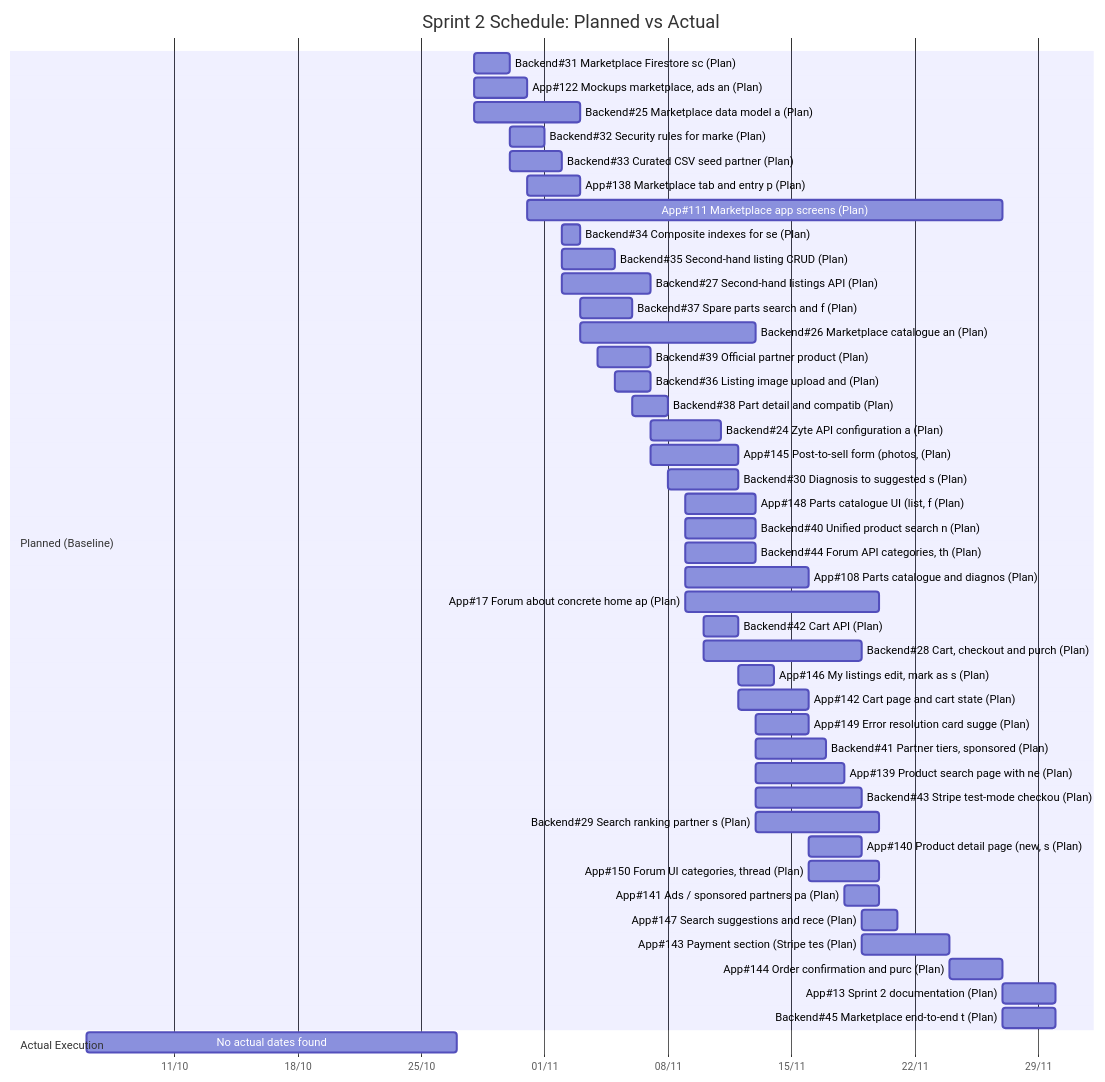
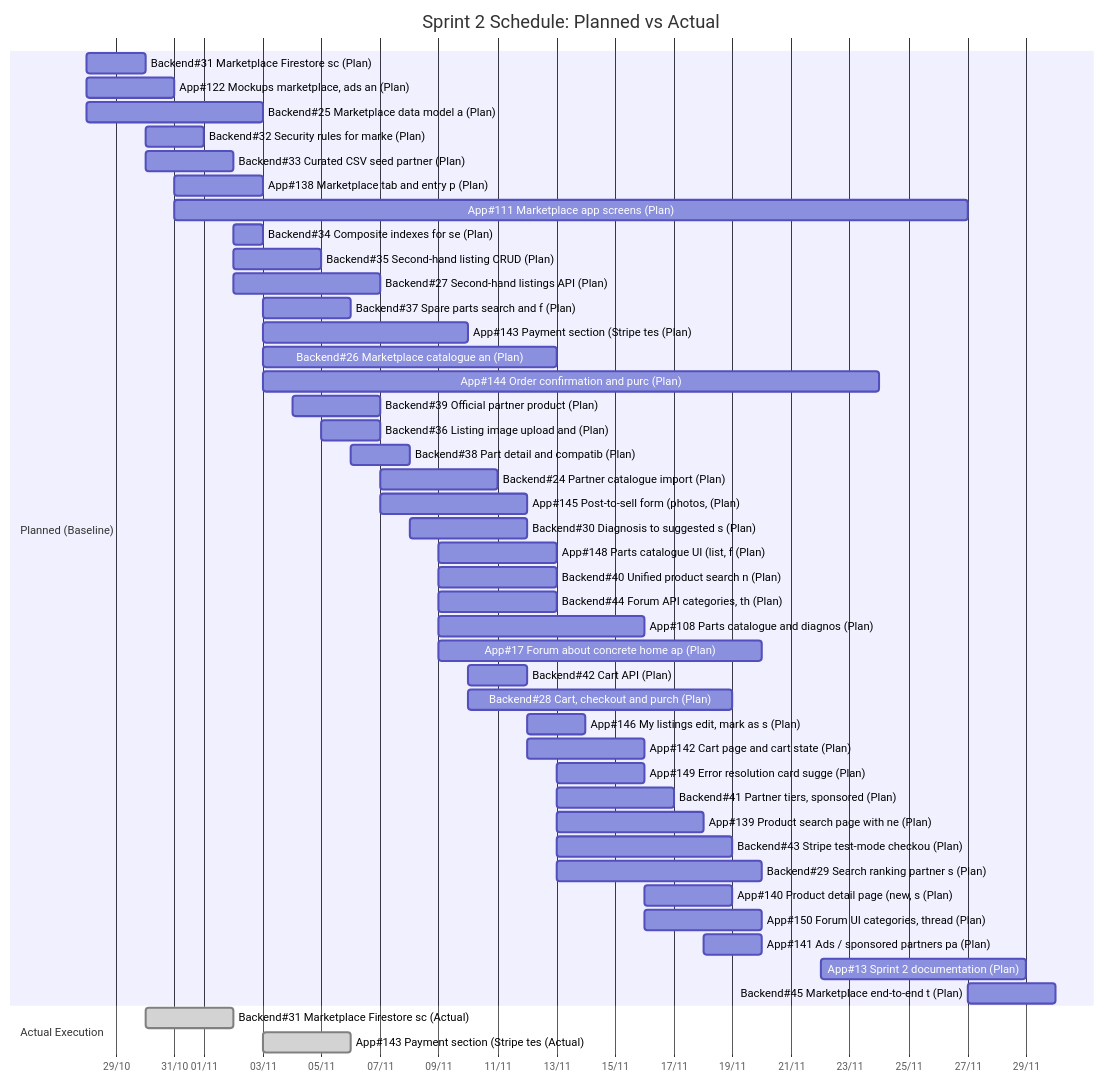
One commit to HoDoWo/app-kotlin changed the third of 5 diagrams in docs/gantt-chart.md. Above: the diagram before and after it, drawn with Mermaid. The commit also changed other lines of this file, not shown here.

Commit message:
Auto-update Gantt comparison chart

````diff
--- a/docs/gantt-chart.md
+++ b/docs/gantt-chart.md
@@ -204,51 +211,51 @@
 ```mermaid
 gantt
     title Sprint 2 Schedule: Planned vs Actual
     dateFormat  YYYY-MM-DD
     axisFormat  %d/%m
 
     section Planned (Baseline)
     Backend#31 Marketplace Firestore sc (Plan) :p_backend_31, 2026-10-28, 2026-10-30
     App#122 Mockups marketplace, ads an (Plan) :p_app_122, 2026-10-28, 2026-10-31
     Backend#25 Marketplace data model a (Plan) :p_backend_25, 2026-10-28, 2026-11-03
     Backend#32 Security rules for marke (Plan) :p_backend_32, 2026-10-30, 2026-11-01
     Backend#33 Curated CSV seed partner (Plan) :p_backend_33, 2026-10-30, 2026-11-02
     App#138 Marketplace tab and entry p (Plan) :p_app_138, 2026-10-31, 2026-11-03
     App#111 Marketplace app screens (Plan) :p_app_111, 2026-10-31, 2026-11-27
     Backend#34 Composite indexes for se (Plan) :p_backend_34, 2026-11-02, 2026-11-03
     Backend#35 Second-hand listing CRUD (Plan) :p_backend_35, 2026-11-02, 2026-11-05
     Backend#27 Second-hand listings API (Plan) :p_backend_27, 2026-11-02, 2026-11-07
     Backend#37 Spare parts search and f (Plan) :p_backend_37, 2026-11-03, 2026-11-06
+    App#143 Payment section (Stripe tes (Plan) :p_app_143, 2026-11-03, 2026-11-10
     Backend#26 Marketplace catalogue an (Plan) :p_backend_26, 2026-11-03, 2026-11-13
+    App#144 Order confirmation and purc (Plan) :p_app_144, 2026-11-03, 2026-11-24
     Backend#39 Official partner product (Plan) :p_backend_39, 2026-11-04, 2026-11-07
     Backend#36 Listing image upload and (Plan) :p_backend_36, 2026-11-05, 2026-11-07
     Backend#38 Part detail and compatib (Plan) :p_backend_38, 2026-11-06, 2026-11-08
-    Backend#24 Zyte API configuration a (Plan) :p_backend_24, 2026-11-07, 2026-11-11
+    Backend#24 Partner catalogue import (Plan) :p_backend_24, 2026-11-07, 2026-11-11
     App#145 Post-to-sell form (photos, (Plan) :p_app_145, 2026-11-07, 2026-11-12
     Backend#30 Diagnosis to suggested s (Plan) :p_backend_30, 2026-11-08, 2026-11-12
     App#148 Parts catalogue UI (list, f (Plan) :p_app_148, 2026-11-09, 2026-11-13
     Backend#40 Unified product search n (Plan) :p_backend_40, 2026-11-09, 2026-11-13
     Backend#44 Forum API categories, th (Plan) :p_backend_44, 2026-11-09, 2026-11-13
     App#108 Parts catalogue and diagnos (Plan) :p_app_108, 2026-11-09, 2026-11-16
     App#17 Forum about concrete home ap (Plan) :p_app_17, 2026-11-09, 2026-11-20
     Backend#42 Cart API (Plan) :p_backend_42, 2026-11-10, 2026-11-12
     Backend#28 Cart, checkout and purch (Plan) :p_backend_28, 2026-11-10, 2026-11-19
     App#146 My listings edit, mark as s (Plan) :p_app_146, 2026-11-12, 2026-11-14
     App#142 Cart page and cart state (Plan) :p_app_142, 2026-11-12, 2026-11-16
     App#149 Error resolution card sugge (Plan) :p_app_149, 2026-11-13, 2026-11-16
     Backend#41 Partner tiers, sponsored (Plan) :p_backend_41, 2026-11-13, 2026-11-17
     App#139 Product search page with ne (Plan) :p_app_139, 2026-11-13, 2026-11-18
     Backend#43 Stripe test-mode checkou (Plan) :p_backend_43, 2026-11-13, 2026-11-19
     Backend#29 Search ranking partner s (Plan) :p_backend_29, 2026-11-13, 2026-11-20
     App#140 Product detail page (new, s (Plan) :p_app_140, 2026-11-16, 2026-11-19
     App#150 Forum UI categories, thread (Plan) :p_app_150, 2026-11-16, 2026-11-20
     App#141 Ads / sponsored partners pa (Plan) :p_app_141, 2026-11-18, 2026-11-20
-    App#147 Search suggestions and rece (Plan) :p_app_147, 2026-11-19, 2026-11-21
-    App#143 Payment section (Stripe tes (Plan) :p_app_143, 2026-11-19, 2026-11-24
-    App#144 Order confirmation and purc (Plan) :p_app_144, 2026-11-24, 2026-11-27
-    App#13 Sprint 2 documentation (Plan) :p_app_13, 2026-11-27, 2026-11-30
+    App#13 Sprint 2 documentation (Plan) :p_app_13, 2026-11-22, 2026-11-29
     Backend#45 Marketplace end-to-end t (Plan) :p_backend_45, 2026-11-27, 2026-11-30
 
     section Actual Execution
-    No actual dates found : 2026-10-06, 2026-10-27
+    Backend#31 Marketplace Firestore sc (Actual) :done, a_backend_31, 2026-10-30, 2026-11-02
+    App#143 Payment section (Stripe tes (Actual) :done, a_app_143, 2026-11-03, 2026-11-06
 ```
````
